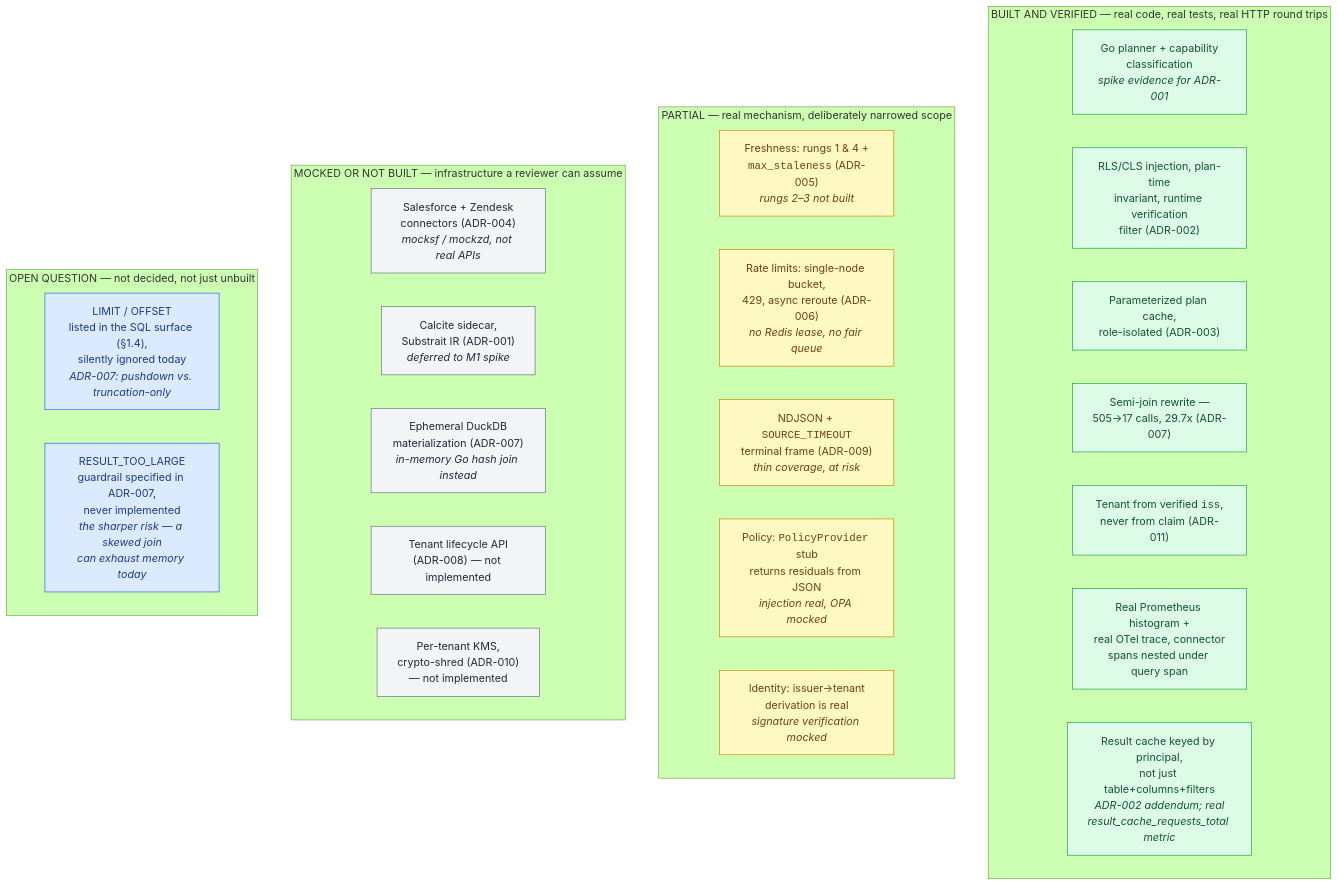
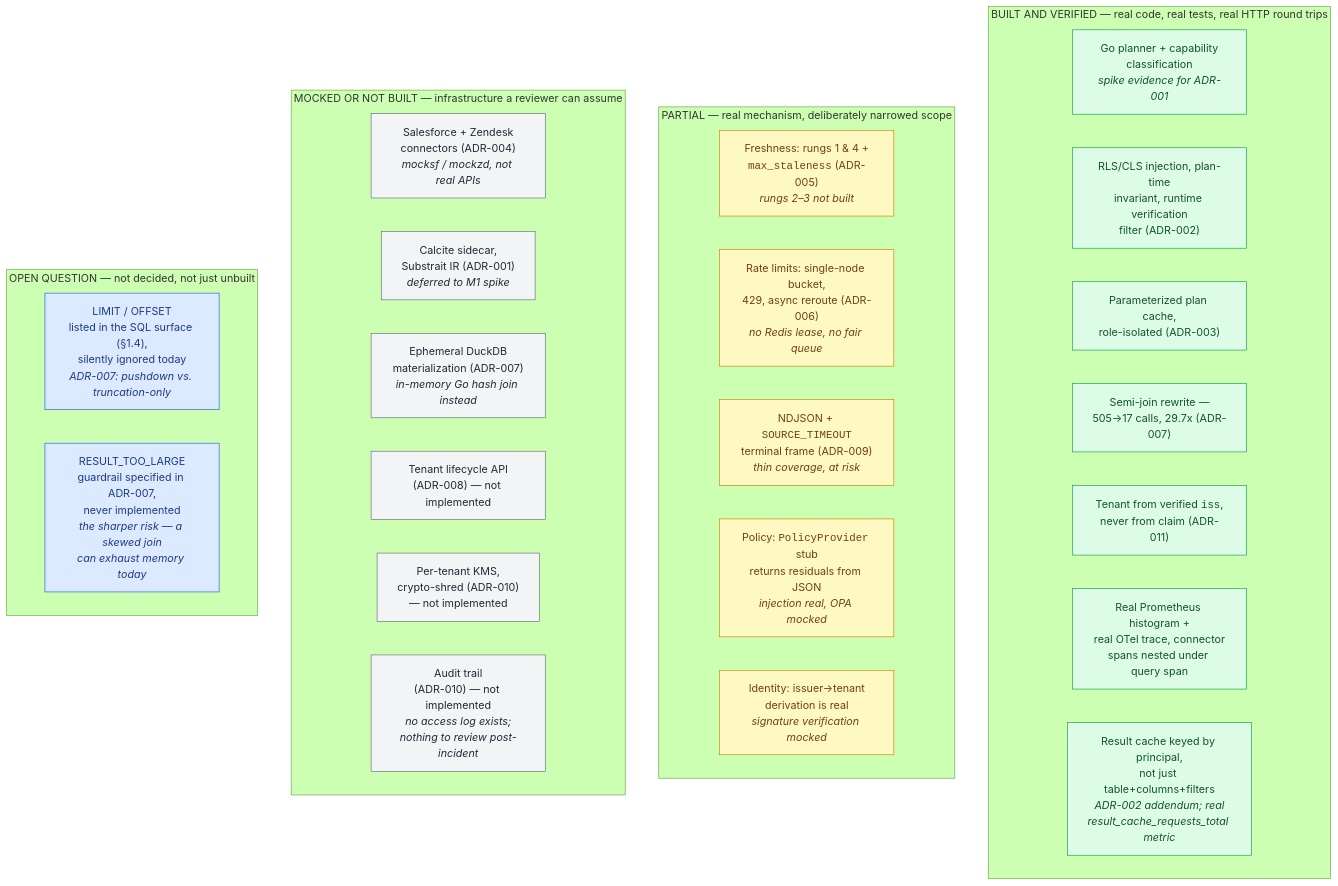
Before and after one commit to pradhanbv/emathp: the diagram in README.md, drawn with Mermaid (forest theme). The commit also changed 2 other files, not shown here.

Commit message:
improvements to ReadMe and Design

````diff
--- a/README.md
+++ b/README.md
@@ -48,46 +48,47 @@
 ```mermaid
 flowchart TB
     subgraph built["BUILT AND VERIFIED — real code, real tests, real HTTP round trips"]
         direction LR
         PLAN["Go planner + capability<br/>classification<br/><i>spike evidence for ADR-001</i>"]
         RLS["RLS/CLS injection, plan-time<br/>invariant, runtime verification<br/>filter (ADR-002)"]
         CACHE["Parameterized plan cache,<br/>role-isolated (ADR-003)"]
         JOIN["Semi-join rewrite —<br/>505→17 calls, 29.7x (ADR-007)"]
         TENANT["Tenant from verified <code>iss</code>,<br/>never from claim (ADR-011)"]
         OBS["Real Prometheus histogram +<br/>real OTel trace, connector<br/>spans nested under query span"]
         RCACHE["Result cache keyed by principal,<br/>not just table+columns+filters<br/><i>ADR-002 addendum; real<br/>result_cache_requests_total metric</i>"]
     end
 
     subgraph partial["PARTIAL — real mechanism, deliberately narrowed scope"]
         direction LR
         FRESH["Freshness: rungs 1 &amp; 4 +<br/><code>max_staleness</code> (ADR-005)<br/><i>rungs 2–3 not built</i>"]
         RATE["Rate limits: single-node bucket,<br/>429, async reroute (ADR-006)<br/><i>no Redis lease, no fair queue</i>"]
         STREAM["NDJSON + <code>SOURCE_TIMEOUT</code><br/>terminal frame (ADR-009)<br/><i>thin coverage, at risk</i>"]
         POLICY["Policy: <code>PolicyProvider</code> stub<br/>returns residuals from JSON<br/><i>injection real, OPA mocked</i>"]
         JWT["Identity: issuer→tenant<br/>derivation is real<br/><i>signature verification mocked</i>"]
     end
 
     subgraph mocked["MOCKED OR NOT BUILT — infrastructure a reviewer can assume"]
         direction LR
         CONN["Salesforce + Zendesk<br/>connectors (ADR-004)<br/><i>mocksf / mockzd, not real APIs</i>"]
         SIDECAR["Calcite sidecar,<br/>Substrait IR (ADR-001)<br/><i>deferred to M1 spike</i>"]
         DUCK["Ephemeral DuckDB<br/>materialization (ADR-007)<br/><i>in-memory Go hash join instead</i>"]
         LIFE["Tenant lifecycle API<br/>(ADR-008) — not implemented"]
         KMS["Per-tenant KMS,<br/>crypto-shred (ADR-010)<br/>— not implemented"]
+        AUDIT["Audit trail<br/>(ADR-010) — not implemented<br/><i>no access log exists;<br/>nothing to review post-incident</i>"]
     end
 
     subgraph open["OPEN QUESTION — not decided, not just unbuilt"]
         direction LR
         LIMITOFFSET["LIMIT / OFFSET<br/>listed in the SQL surface (§1.4),<br/>silently ignored today<br/><i>ADR-007: pushdown vs. truncation-only</i>"]
         RTL["RESULT_TOO_LARGE<br/>guardrail specified in ADR-007,<br/>never implemented<br/><i>the sharper risk — a skewed join<br/>can exhaust memory today</i>"]
     end
 
     classDef builtStyle fill:#dcfce7,stroke:#16a34a,color:#14532d
     classDef partialStyle fill:#fef9c3,stroke:#ca8a04,color:#713f12
     classDef mockedStyle fill:#f3f4f6,stroke:#6b7280,color:#1f2937
     classDef openStyle fill:#dbeafe,stroke:#2563eb,color:#1e3a8a
     class PLAN,RLS,CACHE,JOIN,TENANT,OBS,RCACHE builtStyle
     class FRESH,RATE,STREAM,POLICY,JWT partialStyle
-    class CONN,SIDECAR,DUCK,LIFE,KMS mockedStyle
+    class CONN,SIDECAR,DUCK,LIFE,KMS,AUDIT mockedStyle
     class LIMITOFFSET,RTL openStyle
 ```
````
